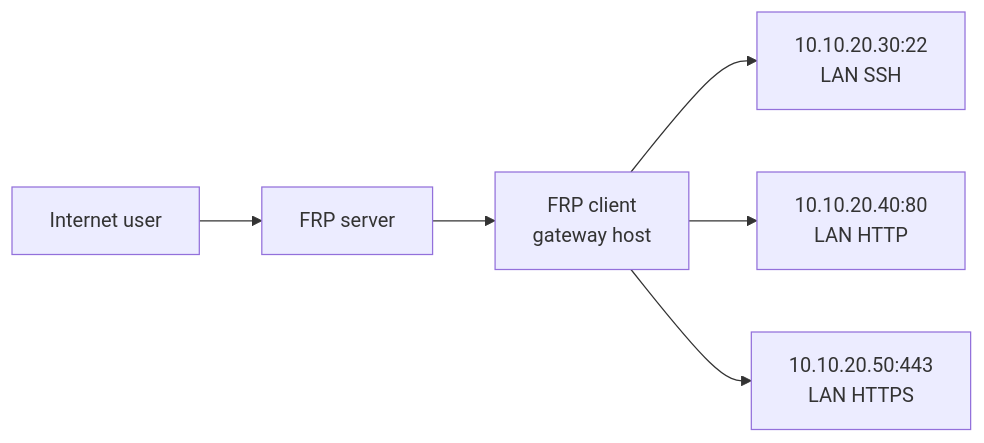
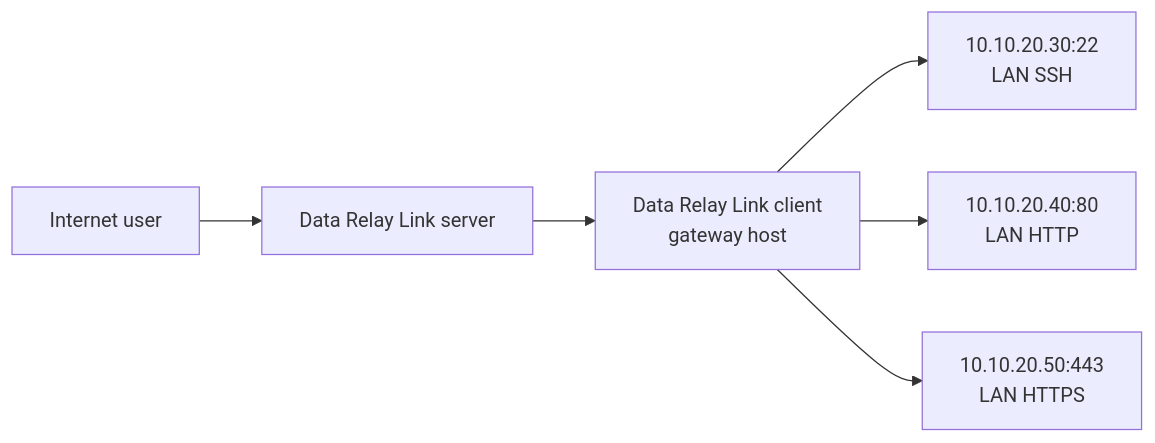
The fourth of 6 diagrams in guides/services.mdx (datarelay-labs/data-relay-link-docs), drawn with Mermaid before and after one commit. The commit also changed other lines of this file and 36 other files, not shown here.

````diff
--- a/guides/services.mdx
+++ b/guides/services.mdx
@@ -74,14 +74,14 @@
 ```mermaid
 flowchart LR
     U[Internet user]
-    S[FRP server]
-    C[FRP client\ngateway host]
+    S[Data Relay Link server]
+    C[Data Relay Link client\ngateway host]
     H1[10.10.20.30:22\nLAN SSH]
     H2[10.10.20.40:80\nLAN HTTP]
     H3[10.10.20.50:443\nLAN HTTPS]
 
     U --> S --> C
     C --> H1
     C --> H2
     C --> H3
 ```
````
